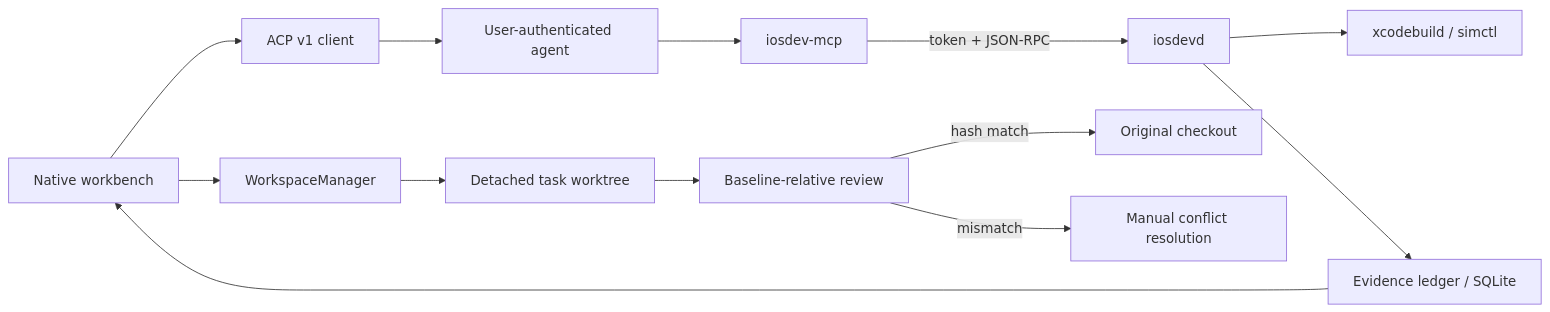
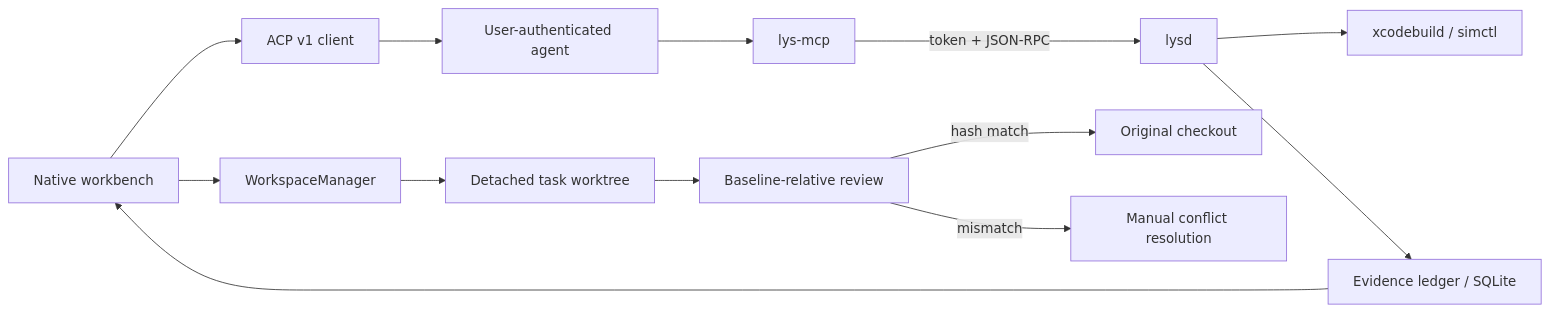
One commit to nhestrompia/lys changed the first of 2 diagrams in ARCHITECTURE.md. Above: the diagram before and after it, drawn with Mermaid. The commit also changed other lines of this file and 83 other files, not shown here.

````diff
--- a/ARCHITECTURE.md
+++ b/ARCHITECTURE.md
@@ -5,15 +5,15 @@
 ```mermaid
 flowchart LR
     UI["Native workbench"] --> WM["WorkspaceManager"]
     WM --> WT["Detached task worktree"]
     UI --> ACP["ACP v1 client"]
     ACP --> AG["User-authenticated agent"]
-    AG --> MCP["iosdev-mcp"]
-    MCP -->|"token + JSON-RPC"| RT["iosdevd"]
+    AG --> MCP["lys-mcp"]
+    MCP -->|"token + JSON-RPC"| RT["lysd"]
     RT --> XB["xcodebuild / simctl"]
     RT --> EV["Evidence ledger / SQLite"]
     EV --> UI
     WT --> REVIEW["Baseline-relative review"]
     REVIEW -->|"hash match"| ORIGINAL["Original checkout"]
     REVIEW -->|"mismatch"| CONFLICT["Manual conflict resolution"]
 ```
````
